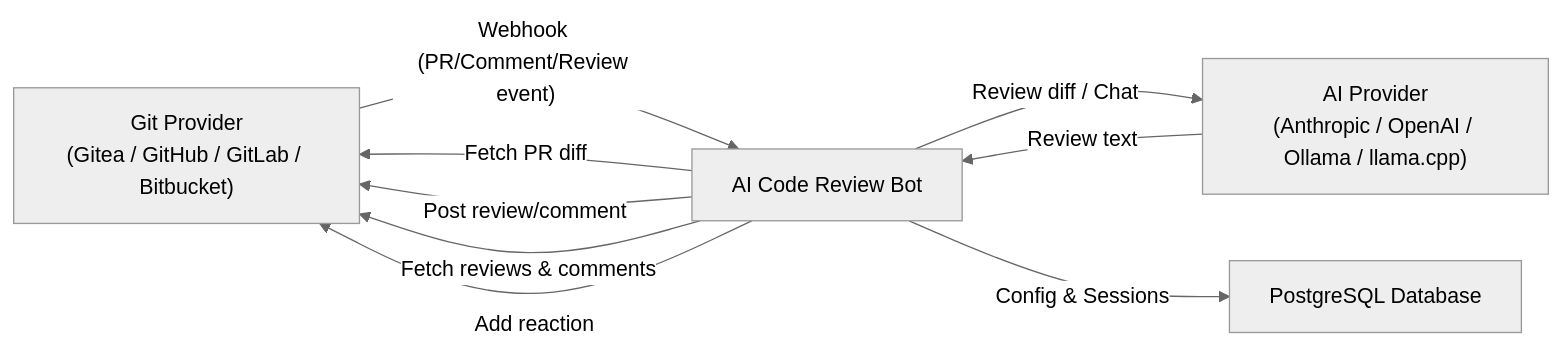
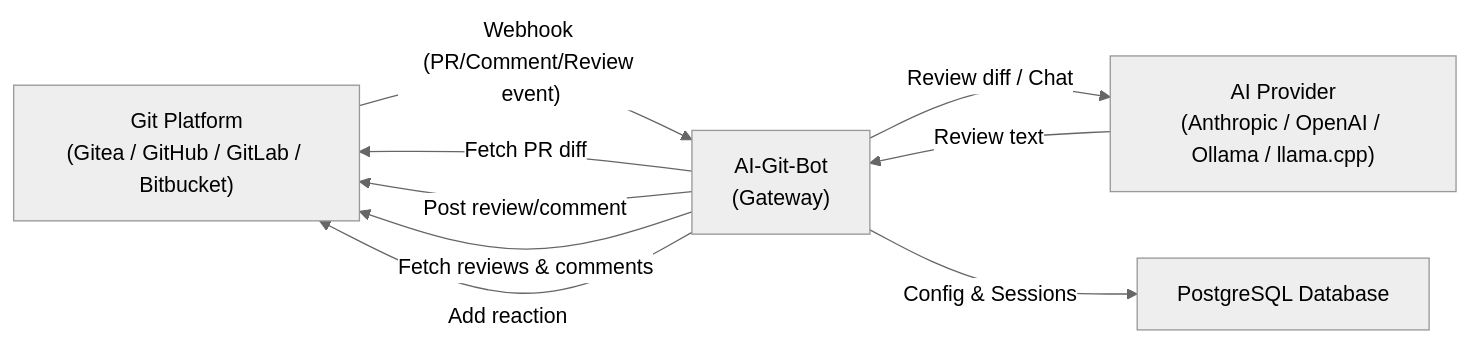
Before and after one commit to Dakraid/ai-git-bot: the first of 7 diagrams in doc/ARCHITECTURE.md, drawn with Mermaid (neutral theme). The commit also changed other lines of this file and 28 other files, not shown here.

````diff
--- a/doc/ARCHITECTURE.md
+++ b/doc/ARCHITECTURE.md
@@ -7,16 +16,16 @@
 ```mermaid
 graph LR
-    Git["Git Provider<br/>(Gitea / GitHub / GitLab / Bitbucket)"]
-    Bot["AI Code Review Bot"]
+    Git["Git Platform<br/>(Gitea / GitHub / GitLab / Bitbucket)"]
+    Bot["AI-Git-Bot<br/>(Gateway)"]
     AI["AI Provider<br/>(Anthropic / OpenAI / Ollama / llama.cpp)"]
     DB["PostgreSQL Database"]
 
     Git -- "Webhook (PR/Comment/Review event)" --> Bot
     Bot -- "Fetch PR diff" --> Git
     Bot -- "Post review/comment" --> Git
     Bot -- "Fetch reviews & comments" --> Git
     Bot -- "Add reaction" --> Git
     Bot -- "Review diff / Chat" --> AI
     AI -- "Review text" --> Bot
     Bot -- "Config & Sessions" --> DB
 ```
````
